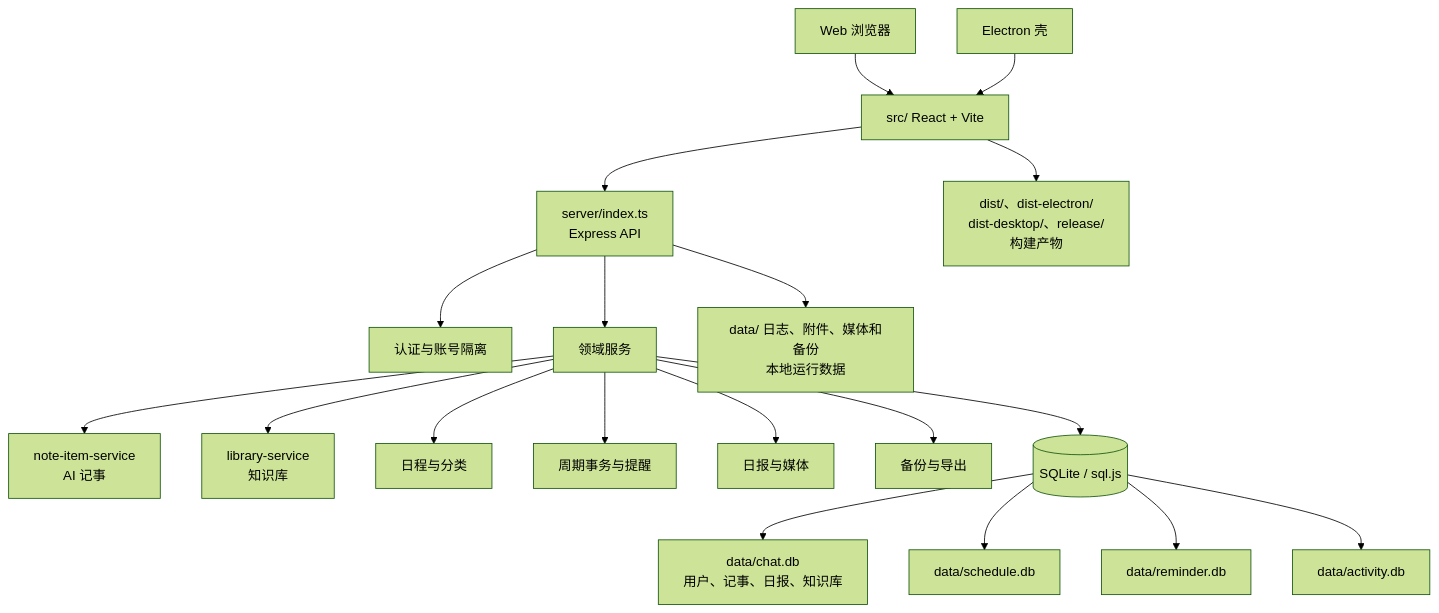
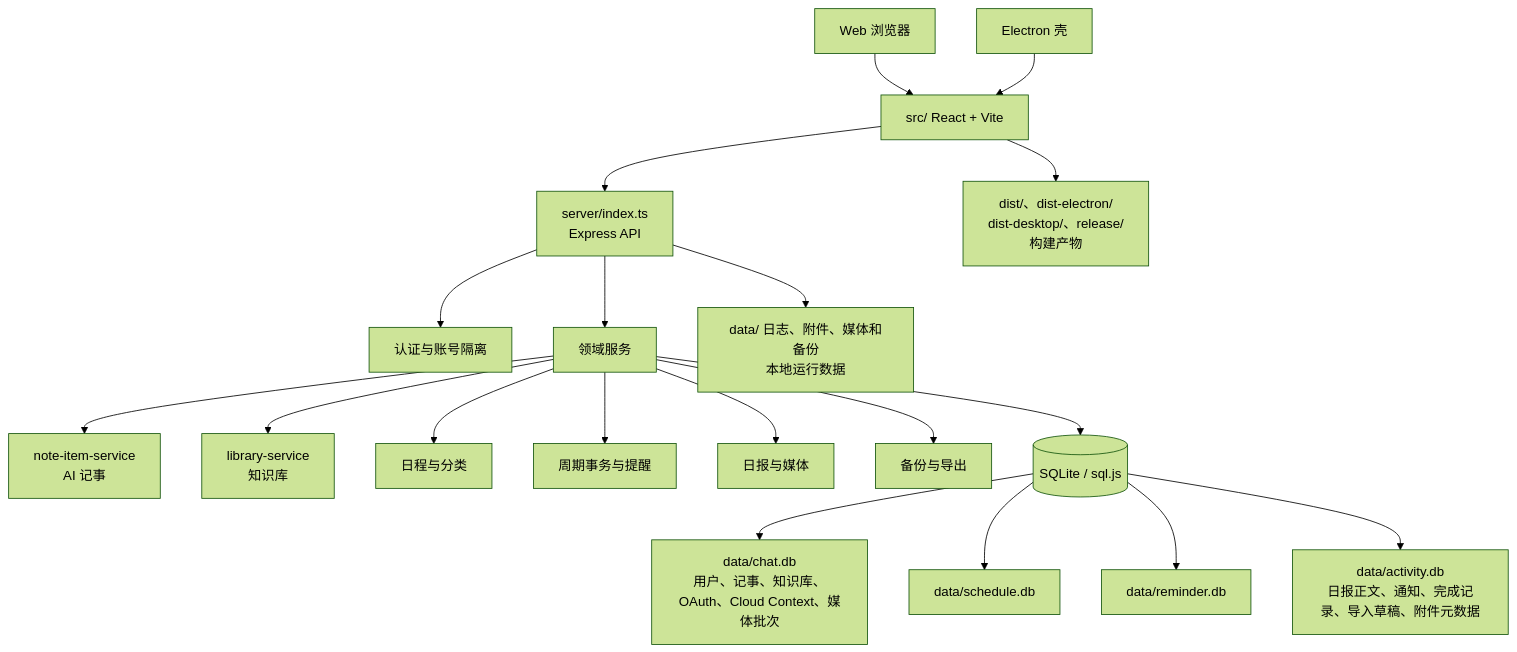
One commit to T1mothyS/smart-schedule-agent changed the first of 2 diagrams in PROJECT-MAP.md. Above: the diagram before and after it, drawn with Mermaid (forest theme). The commit also changed other lines of this file and 12 other files, not shown here.

Commit message:
chore: establish architecture governance docs and bundle baseline

````diff
--- a/PROJECT-MAP.md
+++ b/PROJECT-MAP.md
@@ -15,21 +23,21 @@
 ```mermaid
 flowchart TD
     Browser[Web 浏览器] --> React[src/ React + Vite]
     Electron[Electron 壳] --> React
     React --> API[server/index.ts\nExpress API]
     API --> Auth[认证与账号隔离]
     API --> Domains[领域服务]
     Domains --> Notes[note-item-service\nAI 记事]
     Domains --> Library[library-service\n知识库]
     Domains --> Calendar[日程与分类]
     Domains --> Reminders[周期事务与提醒]
     Domains --> Reports[日报与媒体]
     Domains --> Backup[备份与导出]
     Domains --> DB[(SQLite / sql.js)]
-    DB --> ChatDB[data/chat.db\n用户、记事、日报、知识库]
+    DB --> ChatDB[data/chat.db\n用户、记事、知识库、OAuth、Cloud Context、媒体批次]
     DB --> ScheduleDB[data/schedule.db]
     DB --> ReminderDB[data/reminder.db]
-    DB --> ActivityDB[data/activity.db]
+    DB --> ActivityDB[data/activity.db\n日报正文、通知、完成记录、导入草稿、附件元数据]
     API --> Runtime[data/ 日志、附件、媒体和备份\n本地运行数据]
     React --> Generated[dist/、dist-electron/\ndist-desktop/、release/\n构建产物]
 ```
````
